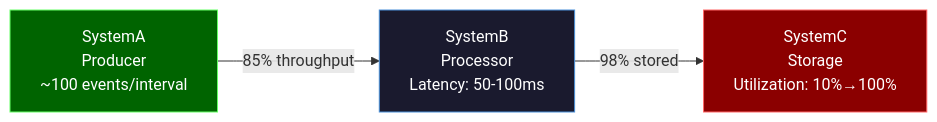
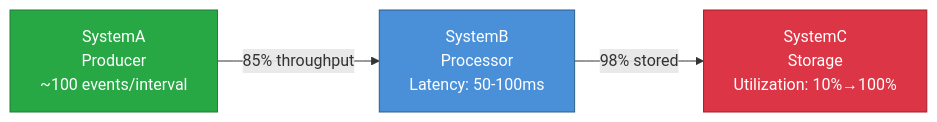
The third of 3 diagrams in docs/simulation/patterns/foundations.md (henryodibi11/Odibi), drawn with Mermaid before and after one commit. The commit also changed other lines of this file and 7 other files, not shown here.

First line of the commit message:
Fix mermaid diagram colors for readability across all 26 diagrams

````diff
--- a/docs/simulation/patterns/foundations.md
+++ b/docs/simulation/patterns/foundations.md
@@ -1206,9 +1206,9 @@
 ```mermaid
 flowchart LR
     A["SystemA\nProducer\n~100 events/interval"] -->|"85% throughput"| B["SystemB\nProcessor\nLatency: 50-100ms"]
     B -->|"98% stored"| C["SystemC\nStorage\nUtilization: 10%→100%"]
 
-    style A fill:#006400,stroke:#66ff66,color:#ffffff
-    style B fill:#1a1a2e,stroke:#4a90d9,color:#ffffff
-    style C fill:#8B0000,stroke:#ff6666,color:#ffffff
+    style A fill:#28a745,stroke:#1e7e34,color:#ffffff
+    style B fill:#4a90d9,stroke:#2c5f8a,color:#ffffff
+    style C fill:#dc3545,stroke:#a71d2a,color:#ffffff
 ```
````
